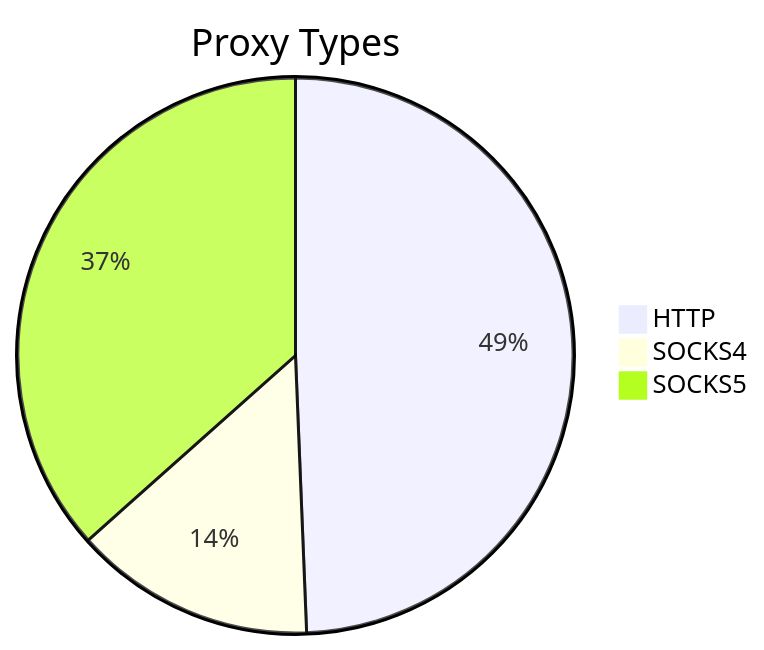
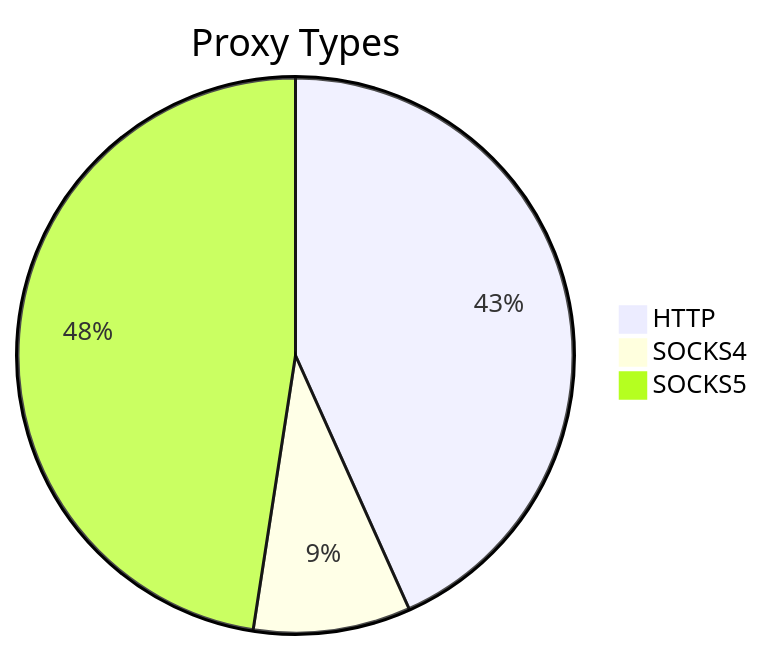
The first of 2 diagrams in README.md (stormsia/proxy-list), drawn with Mermaid before and after one commit. The commit also changed other lines of this file, not shown here.

````diff
--- a/README.md
+++ b/README.md
@@ -21,6 +21,6 @@
 ```mermaid
 pie title Proxy Types
-    "HTTP" : 309
-    "SOCKS4" : 88
-    "SOCKS5" : 229
+    "HTTP" : 142
+    "SOCKS4" : 30
+    "SOCKS5" : 156
 ```
````
